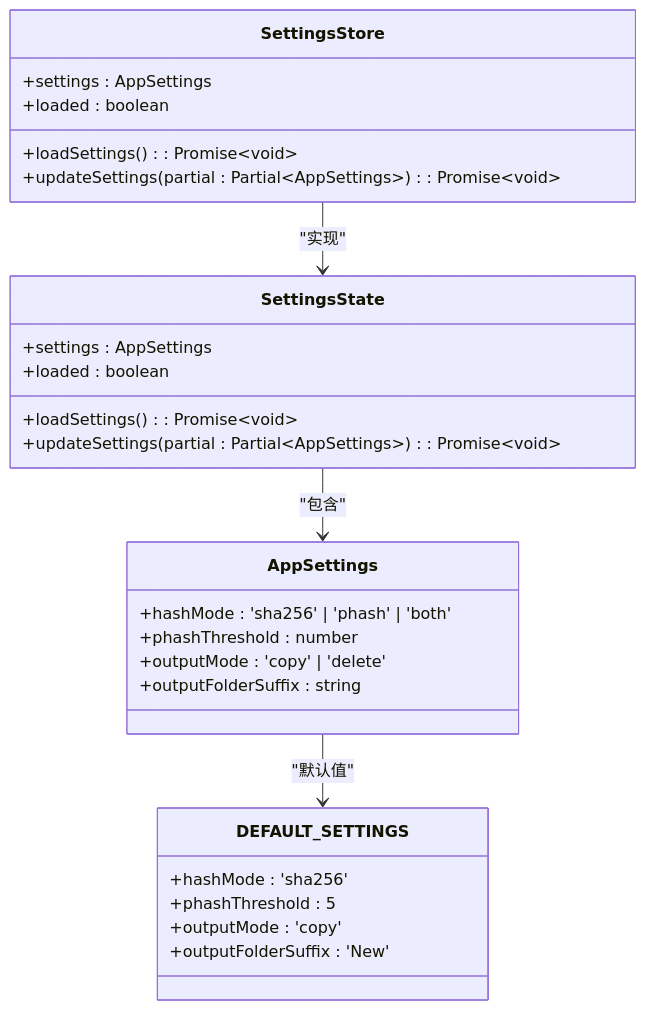
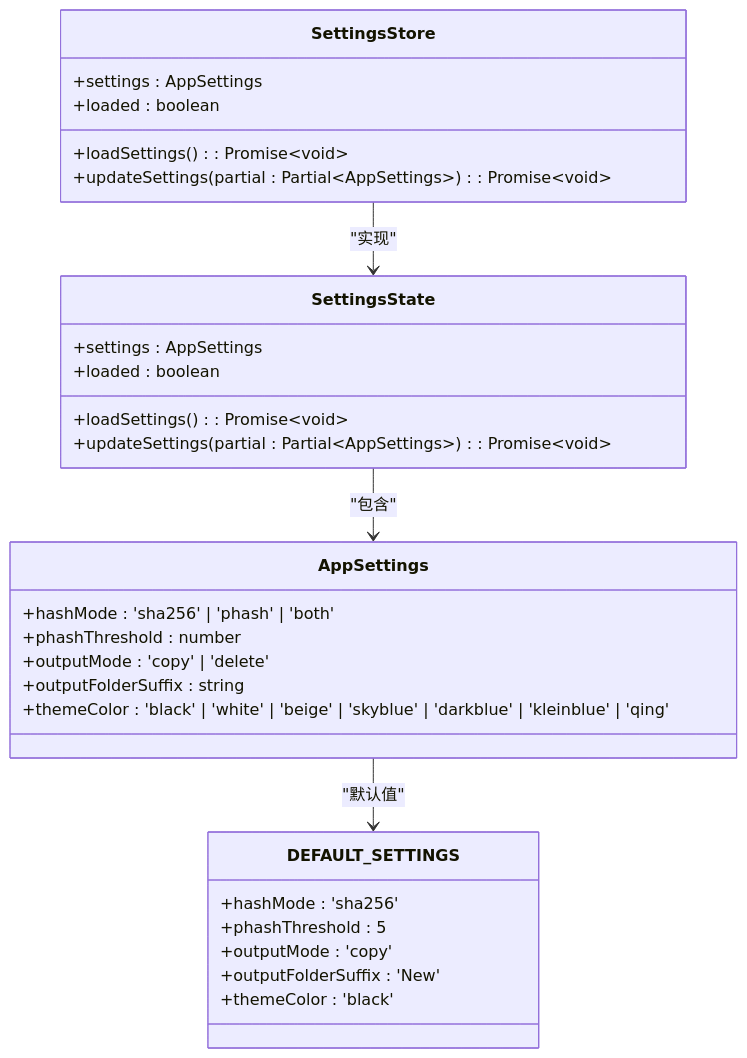
The second of 9 diagrams in .qoder/repowiki/zh/content/核心服务模块/设置管理服务.md (remgasuki/ReDoPhoto), drawn with Mermaid before and after one commit. The commit also changed other lines of this file and 10 other files, not shown here.

````diff
--- a/.qoder/repowiki/zh/content/核心服务模块/设置管理服务.md
+++ b/.qoder/repowiki/zh/content/核心服务模块/设置管理服务.md
@@ -86,30 +99,32 @@
 ```mermaid
 classDiagram
 class AppSettings {
 +hashMode : 'sha256' | 'phash' | 'both'
 +phashThreshold : number
 +outputMode : 'copy' | 'delete'
 +outputFolderSuffix : string
++themeColor : 'black' | 'white' | 'beige' | 'skyblue' | 'darkblue' | 'kleinblue' | 'qing'
 }
 class DEFAULT_SETTINGS {
 +hashMode : 'sha256'
 +phashThreshold : 5
 +outputMode : 'copy'
 +outputFolderSuffix : 'New'
++themeColor : 'black'
 }
 class SettingsState {
 +settings : AppSettings
 +loaded : boolean
 +loadSettings() : Promise~void~
 +updateSettings(partial : Partial~AppSettings~) : Promise~void~
 }
 class SettingsStore {
 +settings : AppSettings
 +loaded : boolean
 +loadSettings() : Promise~void~
 +updateSettings(partial : Partial~AppSettings~) : Promise~void~
 }
 AppSettings --> DEFAULT_SETTINGS : "默认值"
 SettingsState --> AppSettings : "包含"
 SettingsStore --> SettingsState : "实现"
 ```
````
